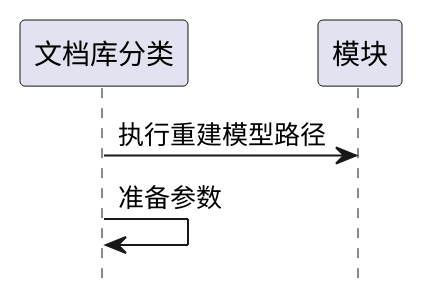
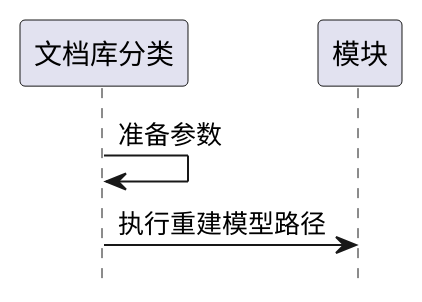
Before and after one commit to goblinln/iBizPMS: the fifth of 5 diagrams in ibizpms-docs/src/main/doc/v1/module/ibiz/DocLibModule_old.md, drawn with PlantUML. The commit also changed other lines of this file and 230 other files, not shown here.

```diff
--- a/ibizpms-docs/src/main/doc/v1/module/ibiz/DocLibModule_old.md
+++ b/ibizpms-docs/src/main/doc/v1/module/ibiz/DocLibModule_old.md
@@ -142,6 +142,6 @@
 {% plantuml %}
 hide footbox
 
+文档库分类 -> 文档库分类: 准备参数
 文档库分类 -> 模块: 执行重建模型路径
-文档库分类 -> 文档库分类: 准备参数
 {% endplantuml %}
```
